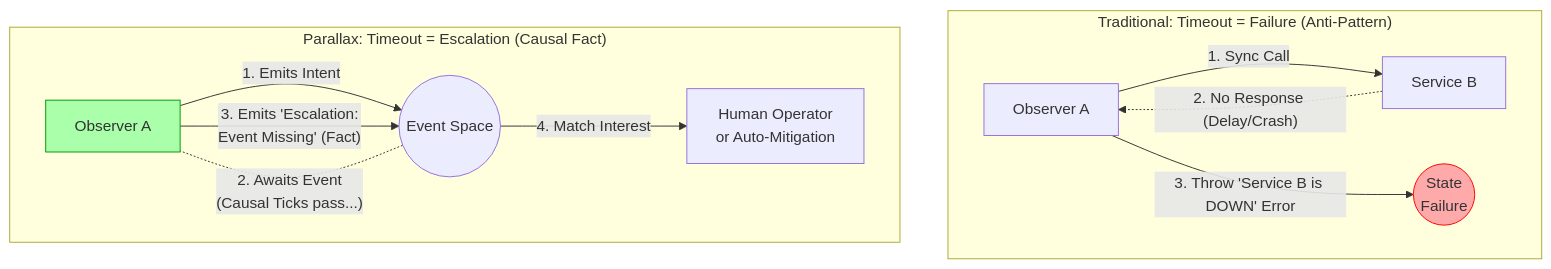
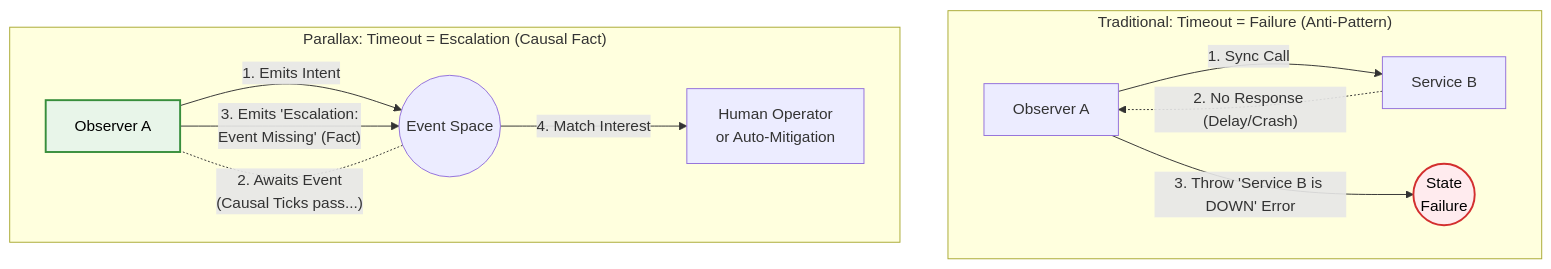
The fifth of 5 diagrams in README.md (ksmeltzer/Parallax), drawn with Mermaid before and after one commit. The commit also changed other lines of this file, not shown here.

Commit message:
Apply universal accessible color palette to Mermaid diagrams

````diff
--- a/README.md
+++ b/README.md
@@ -1210,22 +1210,22 @@
 ```mermaid
 graph TD
     subgraph "Traditional: Timeout = Failure (Anti-Pattern)"
         direction LR
         O1[Observer A] -- "1. Sync Call" --> S2[Service B]
         S2 -. "2. No Response (Delay/Crash)" .-> O1
         O1 -- "3. Throw 'Service B is DOWN' Error" --> Error((State\nFailure))
     end
 
     subgraph "Parallax: Timeout = Escalation (Causal Fact)"
         direction LR
         PA[Observer A] -- "1. Emits Intent" --> Space((Event Space))
         Space -. "2. Awaits Event\n(Causal Ticks pass...)" .- PA
         PA -- "3. Emits 'Escalation:\nEvent Missing' (Fact)" --> Space
         Space -- "4. Match Interest" --> HA[Human Operator\nor Auto-Mitigation]
     end
     
-    classDef err fill:#faa,stroke:#f00;
-    classDef safe fill:#afa,stroke:#090;
+    classDef err fill:#FFEBEE,stroke:#D32F2F,stroke-width:2px,color:#000000;
+    classDef safe fill:#E8F5E9,stroke:#388E3C,stroke-width:2px,color:#000000;
     class Error err;
     class PA safe;
 ```
````
